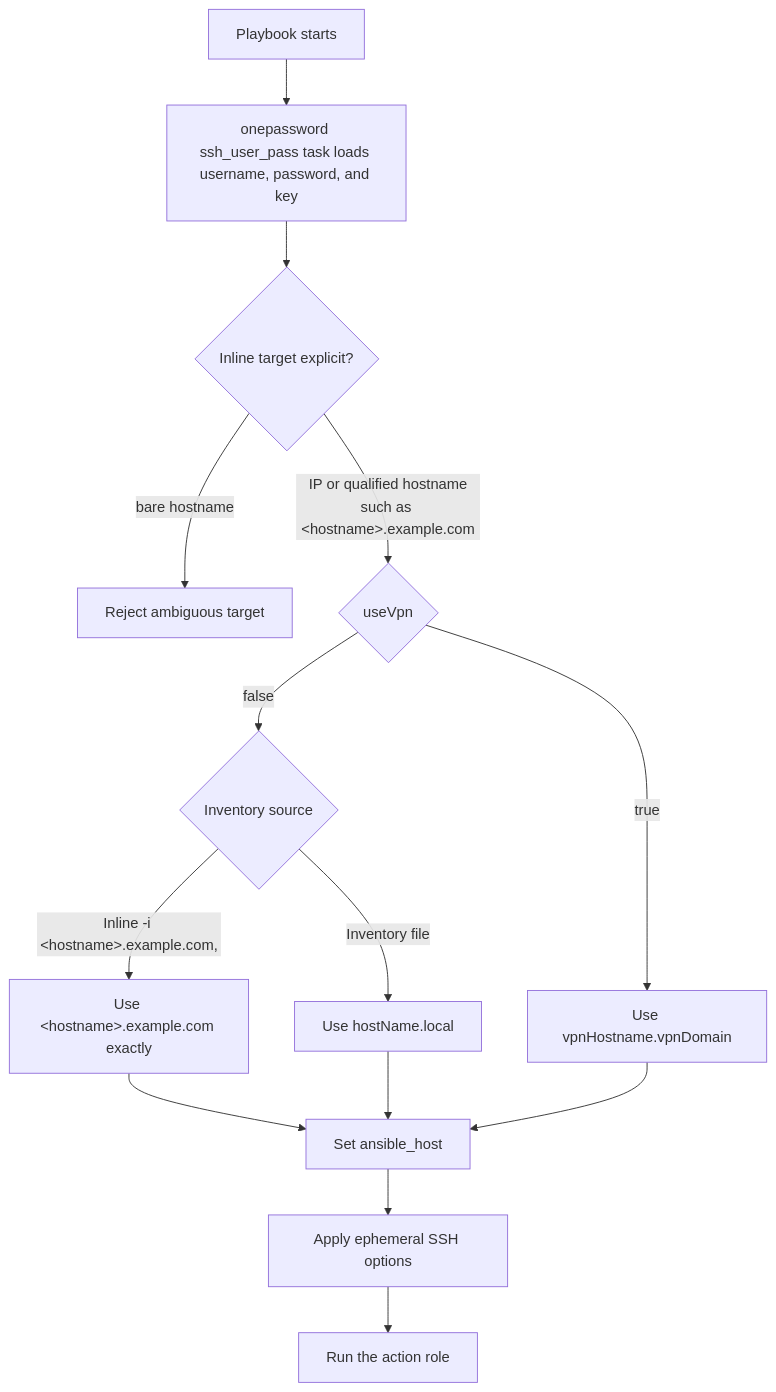
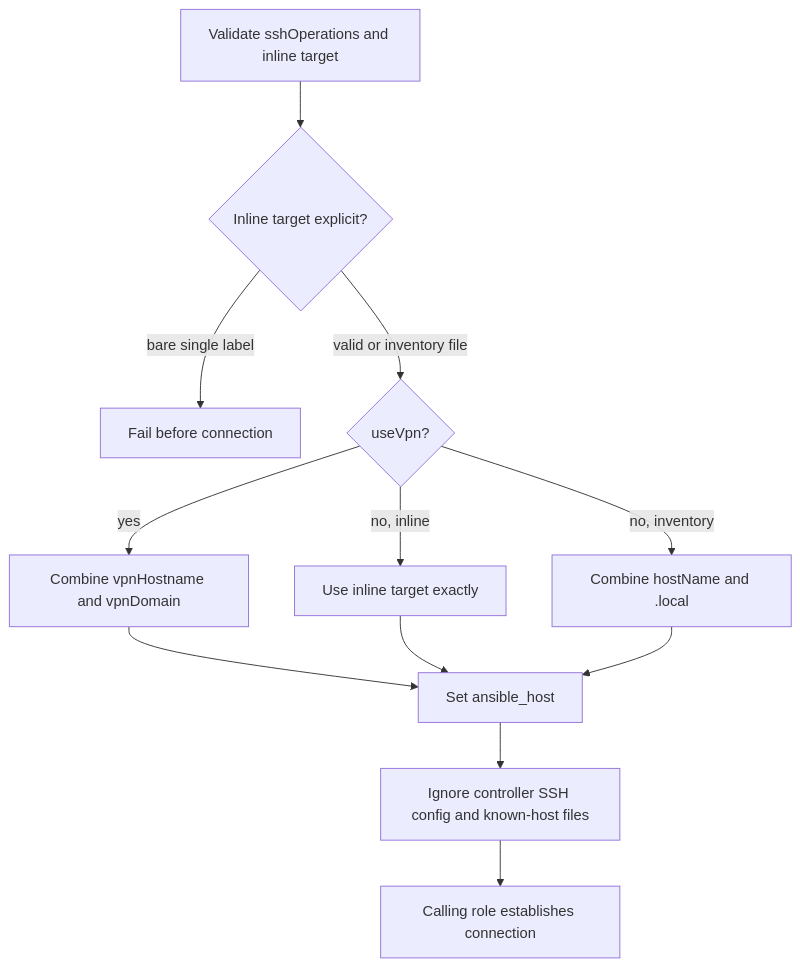
The second of 2 diagrams in docs/playbooks/ssh.md (kopecn/my-galaxy-playbooks), drawn with Mermaid before and after one commit. The commit also changed other lines of this file and 19 other files, not shown here.

````diff
--- a/docs/playbooks/ssh.md
+++ b/docs/playbooks/ssh.md
@@ -18,16 +53,14 @@
 ```mermaid
 flowchart TD
-    Start[Playbook starts] --> Credentials[onepassword ssh_user_pass task loads username, password, and key]
-    Credentials --> Gate{Inline target explicit?}
-    Gate -->|bare hostname| Reject[Reject ambiguous target]
-    Gate -->|IP or qualified hostname<br/>such as &lt;hostname&gt;.example.com| Flag{useVpn}
-    Flag -->|true| Tail[Use vpnHostname.vpnDomain]
-    Flag -->|false| Source{Inventory source}
-    Source -->|Inline -i &lt;hostname&gt;.example.com,| Exact[Use &lt;hostname&gt;.example.com exactly]
-    Source -->|Inventory file| Local[Use hostName.local]
-    Exact --> Route[Set ansible_host]
-    Local --> Route
-    Tail --> Route
-    Route --> Ephemeral[Apply ephemeral SSH options]
-    Ephemeral --> Action[Run the action role]
+    Start[Validate sshOperations and inline target] --> Explicit{Inline target explicit?}
+    Explicit -->|bare single label| Reject[Fail before connection]
+    Explicit -->|valid or inventory file| VPN{useVpn?}
+    VPN -->|yes| Tail[Combine vpnHostname and vpnDomain]
+    VPN -->|no, inline| Exact[Use inline target exactly]
+    VPN -->|no, inventory| Local[Combine hostName and .local]
+    Tail --> Bind[Set ansible_host]
+    Exact --> Bind
+    Local --> Bind
+    Bind --> Isolate[Ignore controller SSH config and known-host files]
+    Isolate --> Action[Calling role establishes connection]
 ```
````
